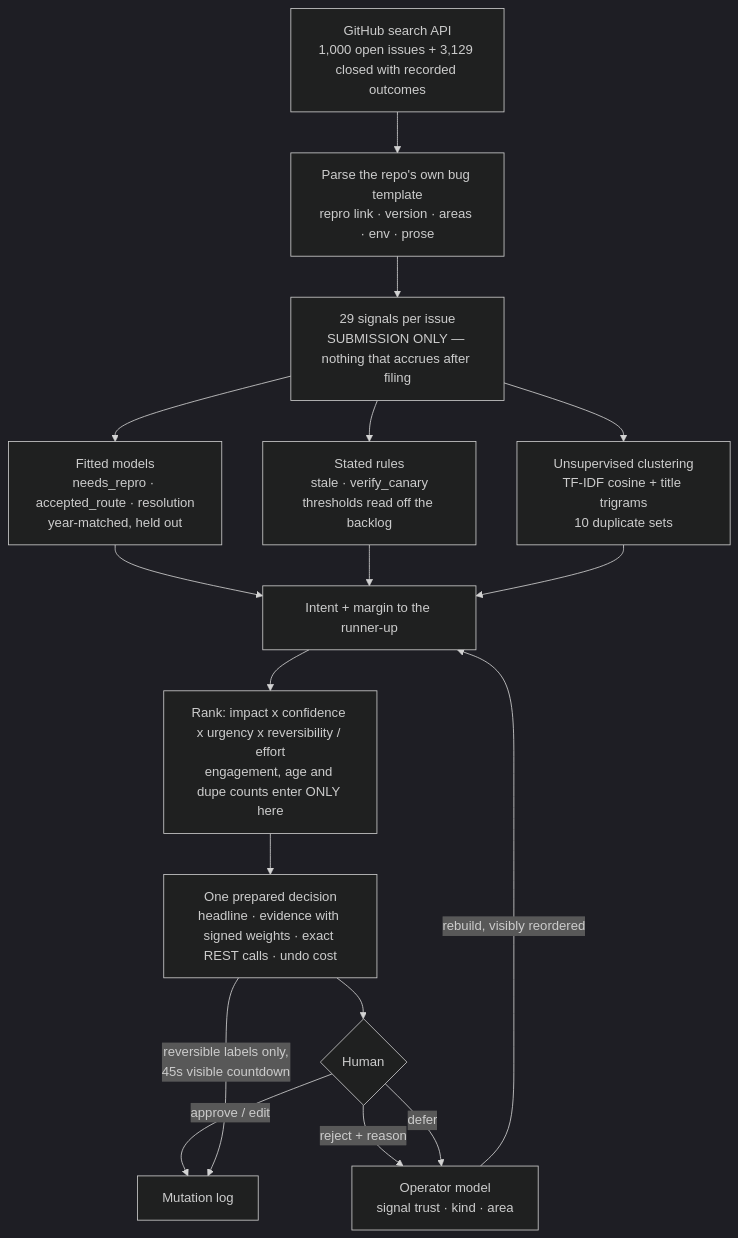
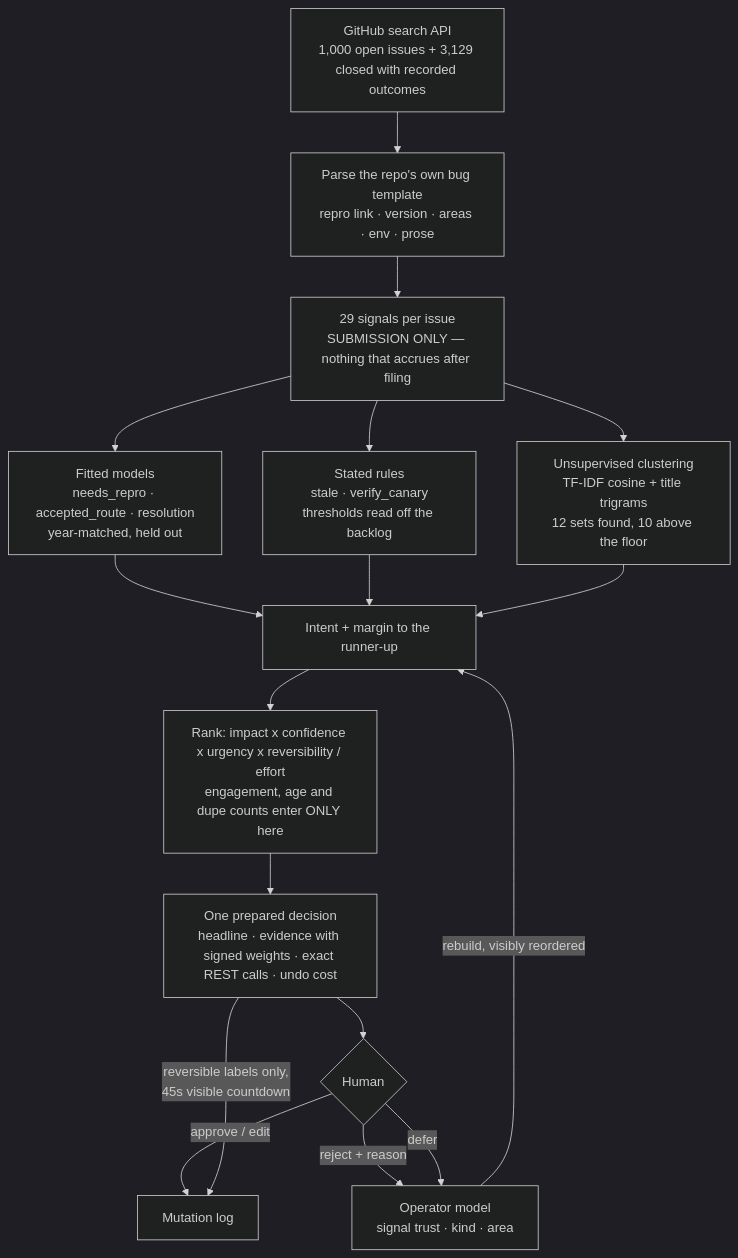
The diagram in README.md (MFahd7/beyond-the-chatbot), drawn with Mermaid (dark theme) before and after one commit. The commit also changed other lines of this file and 1 other file, not shown here.

First line of the commit message:
Make the duplicate-cluster counts precise in the docs

````diff
--- a/README.md
+++ b/README.md
@@ -92,17 +92,17 @@
 ```mermaid
 flowchart TD
   A["GitHub search API<br/>1,000 open issues + 3,129 closed with recorded outcomes"] --> B
   B["Parse the repo's own bug template<br/>repro link · version · areas · env · prose"] --> C
   C["29 signals per issue<br/>SUBMISSION ONLY — nothing that accrues after filing"] --> D & E & F
   D["Fitted models<br/>needs_repro · accepted_route · resolution<br/>year-matched, held out"] --> G
   E["Stated rules<br/>stale · verify_canary<br/>thresholds read off the backlog"] --> G
-  F["Unsupervised clustering<br/>TF-IDF cosine + title trigrams<br/>10 duplicate sets"] --> G
+  F["Unsupervised clustering<br/>TF-IDF cosine + title trigrams<br/>12 sets found, 10 above the floor"] --> G
   G["Intent + margin to the runner-up"] --> H
   H["Rank: impact x confidence x urgency x reversibility / effort<br/>engagement, age and dupe counts enter ONLY here"] --> I
   I["One prepared decision<br/>headline · evidence with signed weights · exact REST calls · undo cost"] --> J
   J{"Human"} -->|"approve / edit"| K["Mutation log"]
   J -->|"reject + reason"| L["Operator model<br/>signal trust · kind · area"]
   J -->|"defer"| L
   L -->|"rebuild, visibly reordered"| G
   I -->|"reversible labels only,<br/>45s visible countdown"| K
 ```
````
